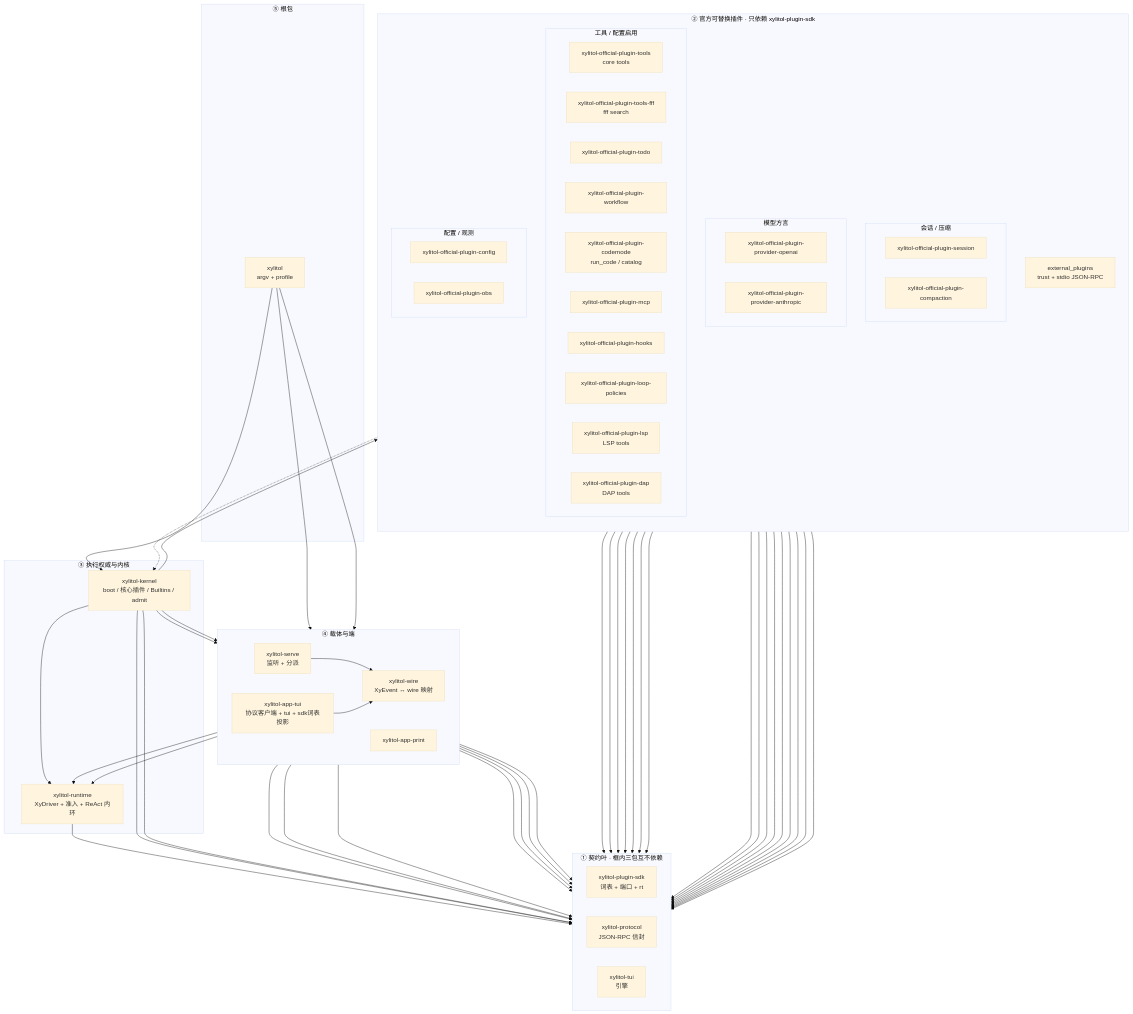
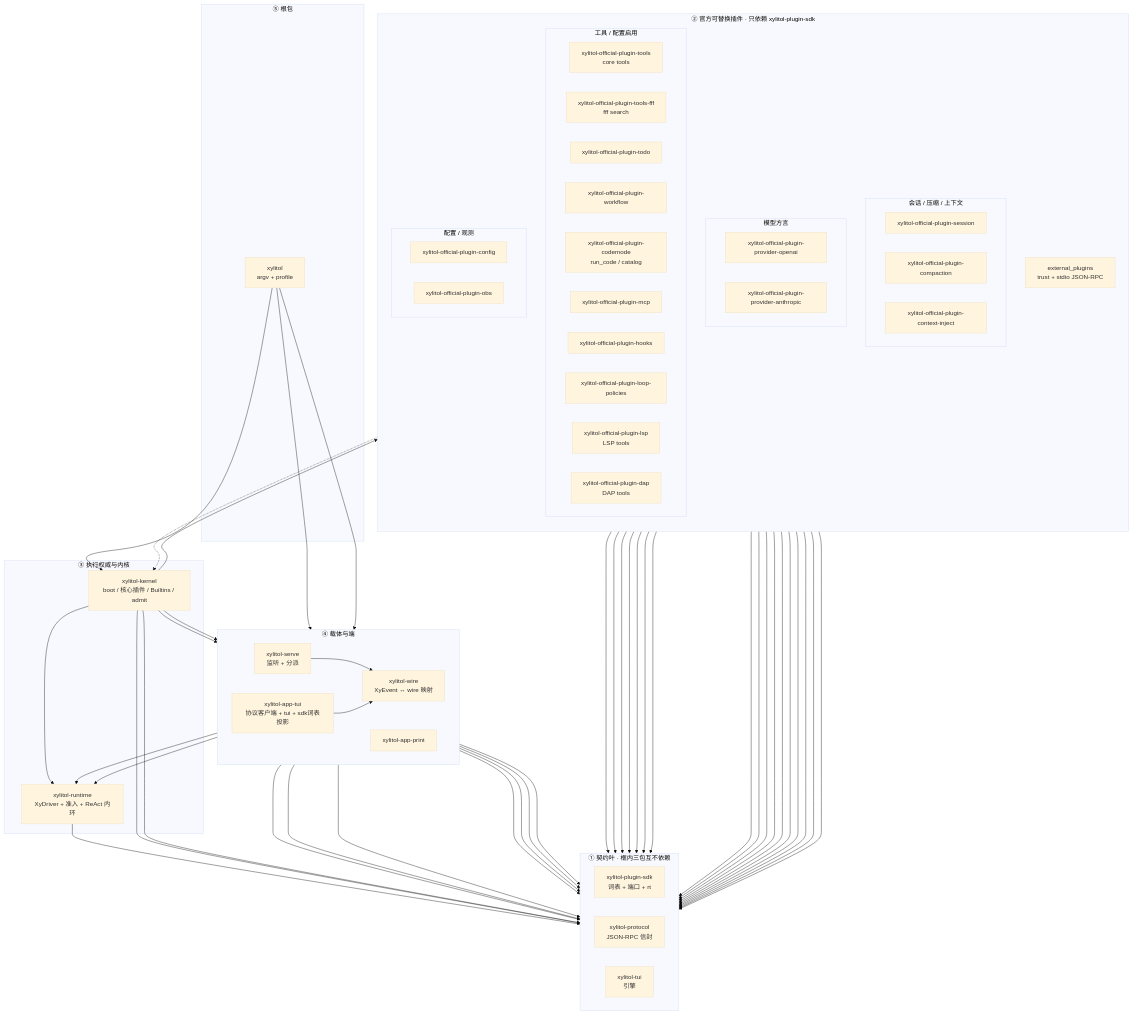
Before and after one commit to StrayDragon/xylitol: the diagram in src/AGENTS.md, drawn with Mermaid (base theme). The commit also changed other lines of this file and 59 other files, not shown here.

```diff
--- a/src/AGENTS.md
+++ b/src/AGENTS.md
@@ -35,10 +35,11 @@
 
   subgraph plugins["② 官方可替换插件 · 只依赖 xylitol-plugin-sdk"]
     direction TB
-    subgraph plugins_loop["会话 / 压缩"]
+    subgraph plugins_loop["会话 / 压缩 / 上下文"]
       direction LR
       xylitol_official_plugin_session["xylitol-official-plugin-session"]
       xylitol_official_plugin_compaction["xylitol-official-plugin-compaction"]
+      xylitol_official_plugin_context_inject["xylitol-official-plugin-context-inject"]
     end
     subgraph plugins_model["模型方言"]
       direction LR
@@ -85,6 +86,7 @@
 
   xylitol_official_plugin_session --> xylitol_plugin_sdk
   xylitol_official_plugin_compaction --> xylitol_plugin_sdk
+  xylitol_official_plugin_context_inject --> xylitol_plugin_sdk
   xylitol_official_plugin_provider_openai --> xylitol_plugin_sdk
   xylitol_official_plugin_provider_anthropic --> xylitol_plugin_sdk
   xylitol_official_plugin_tools --> xylitol_plugin_sdk
```
